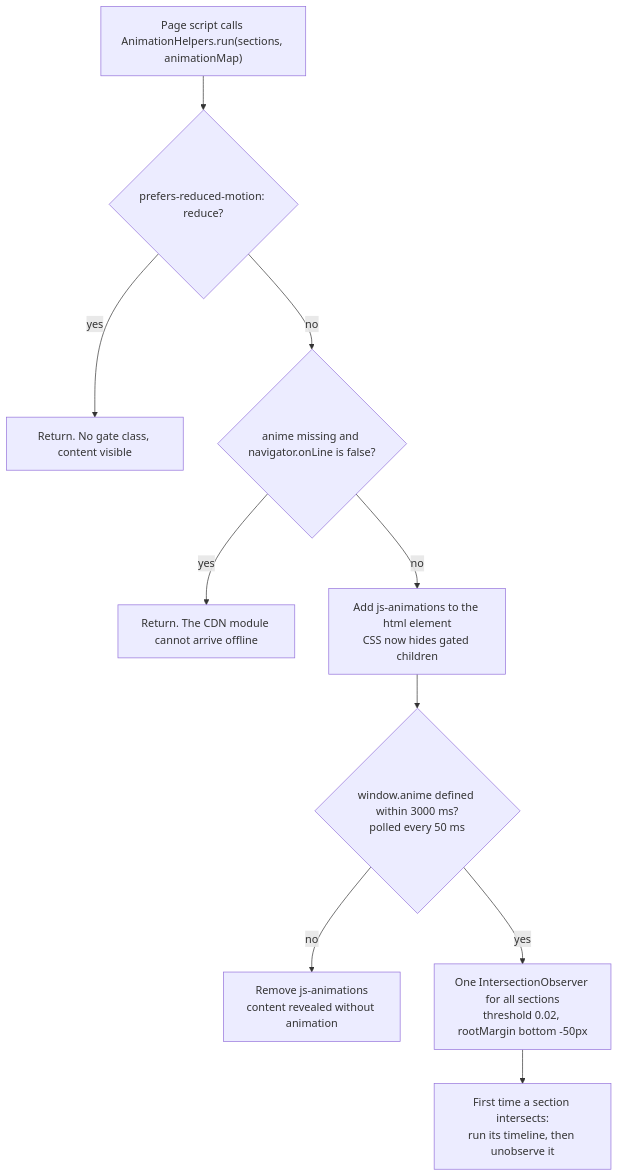
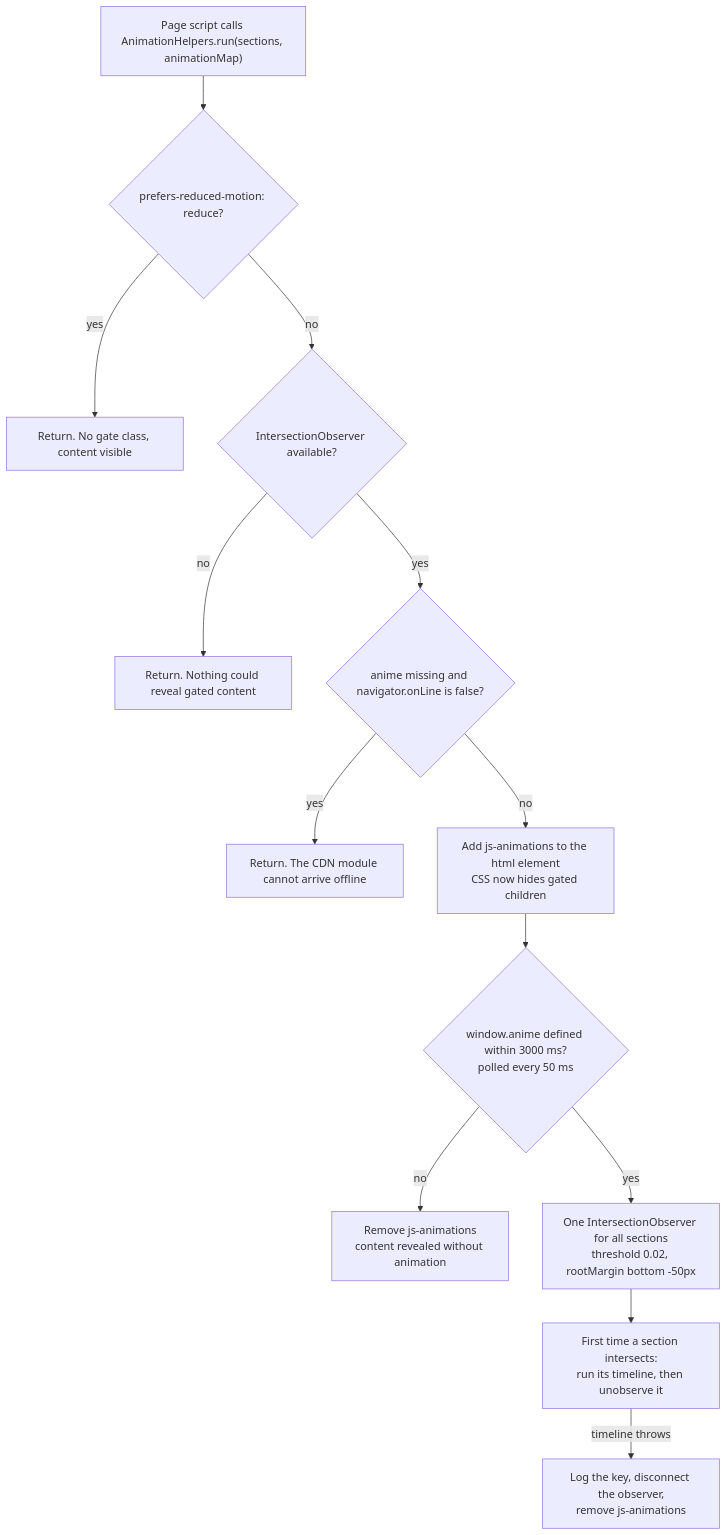
Before and after one commit to ColbyMainard/ColbyMainard.github.io: the sixth of 13 diagrams in assets/markdown/architecture.md, drawn with Mermaid. The commit also changed other lines of this file and 9 other files, not shown here.

````diff
--- a/assets/markdown/architecture.md
+++ b/assets/markdown/architecture.md
@@ -360,12 +361,15 @@
 ```mermaid
 flowchart TD
     S["Page script calls AnimationHelpers.run(sections, animationMap)"] --> RM{"prefers-reduced-motion: reduce?"}
     RM -->|yes| V1["Return. No gate class, content visible"]
-    RM -->|no| OFF{"anime missing and navigator.onLine is false?"}
+    RM -->|no| IO{"IntersectionObserver available?"}
+    IO -->|no| V4["Return. Nothing could reveal gated content"]
+    IO -->|yes| OFF{"anime missing and navigator.onLine is false?"}
     OFF -->|yes| V2["Return. The CDN module cannot arrive offline"]
     OFF -->|no| GATE["Add js-animations to the html element<br/>CSS now hides gated children"]
     GATE --> WAIT{"window.anime defined within 3000 ms?<br/>polled every 50 ms"}
     WAIT -->|no| V3["Remove js-animations<br/>content revealed without animation"]
     WAIT -->|yes| OBS["One IntersectionObserver for all sections<br/>threshold 0.02, rootMargin bottom -50px"]
     OBS --> ONCE["First time a section intersects:<br/>run its timeline, then unobserve it"]
+    ONCE -->|timeline throws| V5["Log the key, disconnect the observer,<br/>remove js-animations"]
 ```
````
